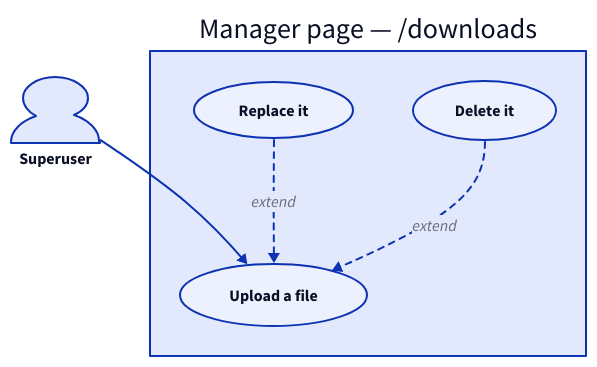
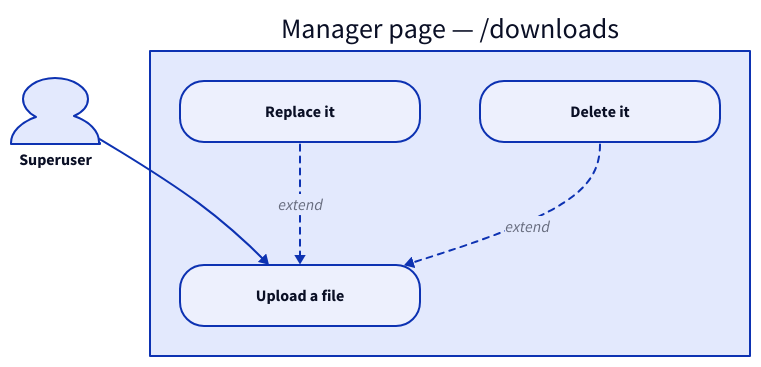
One commit to aitchnyu/agent-beta changed the first of 4 diagrams in docs/reference/ourapp/docs/downloads.md. Above: the diagram before and after it, drawn with D2. The commit also changed other lines of this file and 33 other files, not shown here.

````diff
--- a/docs/reference/ourapp/docs/downloads.md
+++ b/docs/reference/ourapp/docs/downloads.md
@@ -8,12 +8,12 @@
 ```d2
 direction: down
 admin: Superuser {shape: person}
 manager: Manager page — /downloads {
-  upload: Upload a file {shape: oval}
-  replace: Replace it {shape: oval}
-  delete: Delete it {shape: oval}
+  upload: Upload a file {width: 240; style.border-radius: 24}
+  replace: Replace it {width: 240; style.border-radius: 24}
+  delete: Delete it {width: 240; style.border-radius: 24}
 }
 admin -> manager.upload
 manager.replace -> manager.upload: extend {style.stroke-dash: 3}
 manager.delete -> manager.upload: extend {style.stroke-dash: 3}
 ```
````
